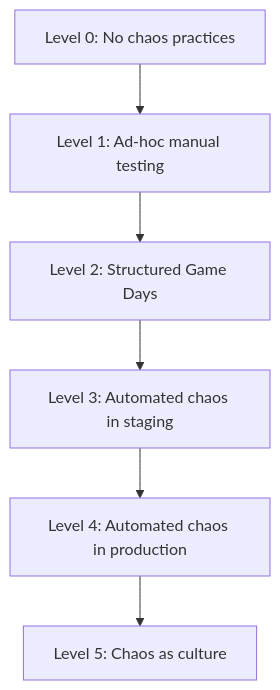
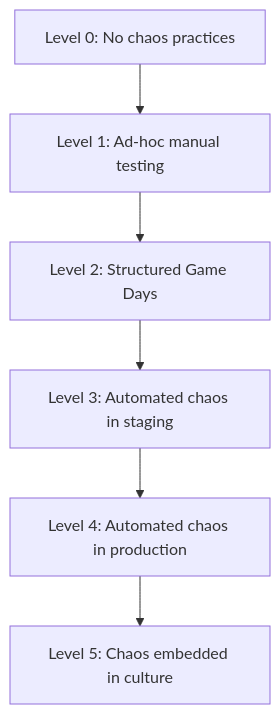
One commit to kube-dojo/kube-dojo changed the fourth of 5 diagrams in src/content/docs/platform/disciplines/reliability-security/chaos-engineering/module-1.1-chaos-principles.md. Above: the diagram before and after it, drawn with Mermaid. The commit also changed other lines of this file, not shown here.

Commit message:
content(platform): expand chaos-principles to T0 (#1953)

````diff
--- a/src/content/docs/platform/disciplines/reliability-security/chaos-engineering/module-1.1-chaos-principles.md
+++ b/src/content/docs/platform/disciplines/reliability-security/chaos-engineering/module-1.1-chaos-principles.md
@@ -334,8 +241,8 @@
 ```mermaid
 flowchart TD
     L0["Level 0: No chaos practices"] --> L1["Level 1: Ad-hoc manual testing"]
     L1 --> L2["Level 2: Structured Game Days"]
     L2 --> L3["Level 3: Automated chaos in staging"]
     L3 --> L4["Level 4: Automated chaos in production"]
-    L4 --> L5["Level 5: Chaos as culture"]
+    L4 --> L5["Level 5: Chaos embedded in culture"]
 ```
````
